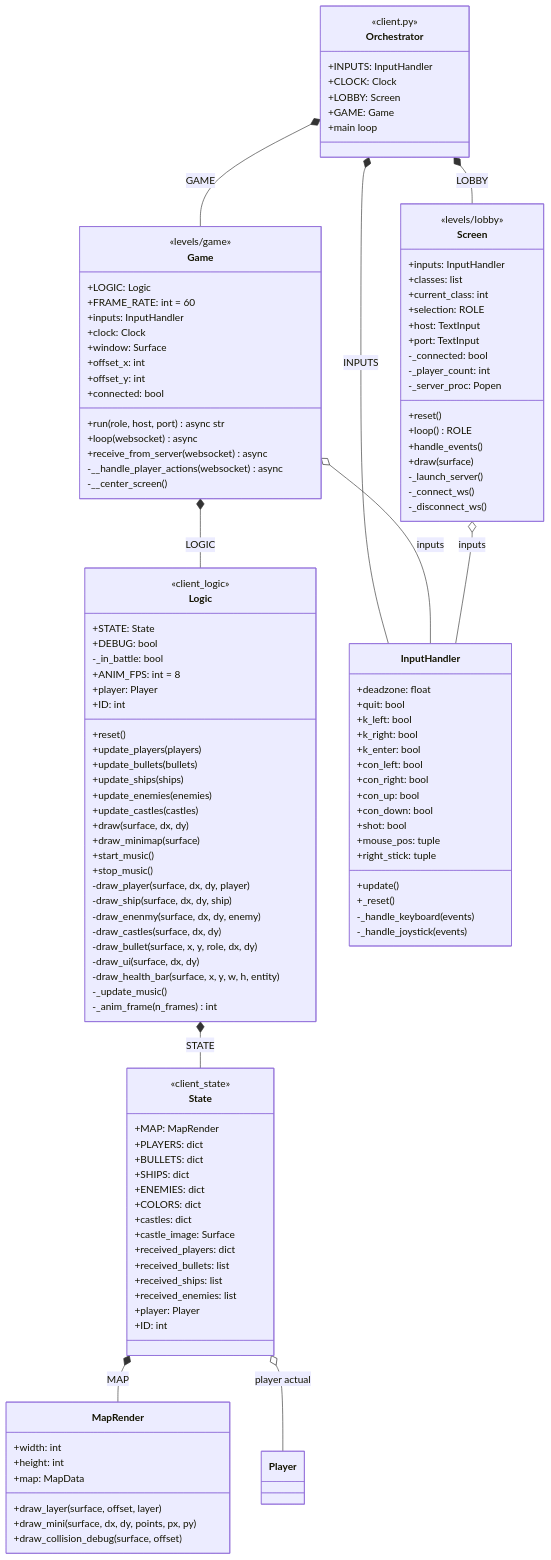
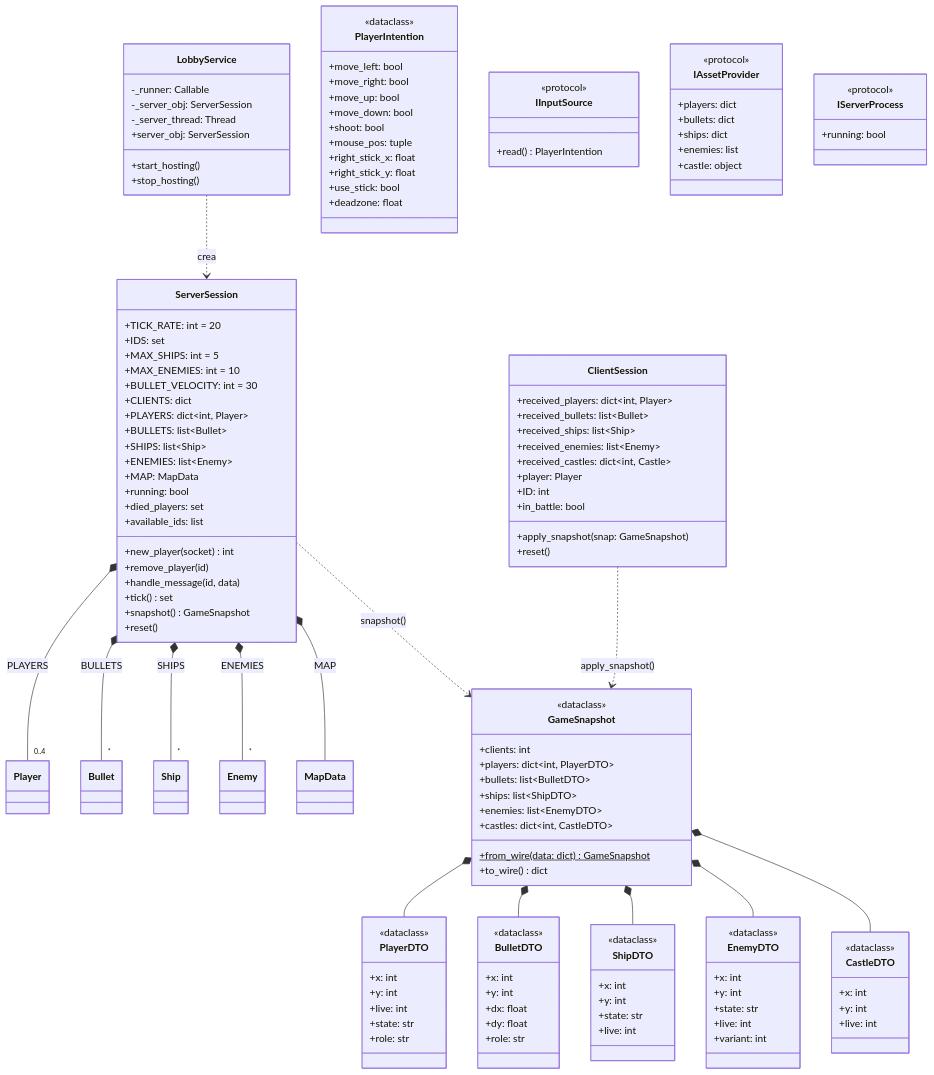
One commit to Aouei/pygame_multi changed the third of 5 diagrams in docs/diagramas/clases.md. Above: the diagram before and after it, drawn with Mermaid. The commit also changed other lines of this file and 3 other files, not shown here.

````diff
--- a/docs/diagramas/clases.md
+++ b/docs/diagramas/clases.md
@@ -240,134 +203,149 @@
 classDiagram
     direction TB
 
-    class Orchestrator {
-        <<client.py>>
-        +INPUTS: InputHandler
-        +CLOCK: Clock
-        +LOBBY: Screen
-        +GAME: Game
-        +main loop
+    class ServerSession {
+        +TICK_RATE: int = 20
+        +IDS: set
+        +MAX_SHIPS: int = 5
+        +MAX_ENEMIES: int = 10
+        +BULLET_VELOCITY: int = 30
+        +CLIENTS: dict
+        +PLAYERS: dict~int, Player~
+        +BULLETS: list~Bullet~
+        +SHIPS: list~Ship~
+        +ENEMIES: list~Enemy~
+        +MAP: MapData
+        +running: bool
+        +died_players: set
+        +available_ids: list
+        +new_player(socket) int
+        +remove_player(id)
+        +handle_message(id, data)
+        +tick() set
+        +snapshot() GameSnapshot
+        +reset()
     }
 
-    class Screen {
-        <<levels/lobby>>
-        +inputs: InputHandler
-        +classes: list
-        +current_class: int
-        +selection: ROLE
-        +host: TextInput
-        +port: TextInput
-        -_connected: bool
-        -_player_count: int
-        -_server_proc: Popen
+    class ClientSession {
+        +received_players: dict~int, Player~
+        +received_bullets: list~Bullet~
+        +received_ships: list~Ship~
+        +received_enemies: list~Enemy~
+        +received_castles: dict~int, Castle~
+        +player: Player
+        +ID: int
+        +in_battle: bool
+        +apply_snapshot(snap: GameSnapshot)
         +reset()
-        +loop() ROLE
-        +handle_events()
-        +draw(surface)
-        -_launch_server()
-        -_connect_ws()
-        -_disconnect_ws()
     }
 
-    class Game {
-        <<levels/game>>
-        +LOGIC: Logic
-        +FRAME_RATE: int = 60
-        +inputs: InputHandler
-        +clock: Clock
-        +window: Surface
-        +offset_x: int
-        +offset_y: int
-        +connected: bool
-        +run(role, host, port) async str
-        +loop(websocket) async
-        +receive_from_server(websocket) async
-        -__handle_player_actions(websocket) async
-        -__center_screen()
+    class LobbyService {
+        -_runner: Callable
+        -_server_obj: ServerSession
+        -_server_thread: Thread
+        +server_obj: ServerSession
+        +start_hosting()
+        +stop_hosting()
     }
 
-    class Logic {
-        <<client_logic>>
-        +STATE: State
-        +DEBUG: bool
-        -_in_battle: bool
-        +ANIM_FPS: int = 8
-        +player: Player
-        +ID: int
-        +reset()
-        +update_players(players)
-        +update_bullets(bullets)
-        +update_ships(ships)
-        +update_enemies(enemies)
-        +update_castles(castles)
-        +draw(surface, dx, dy)
-        +draw_minimap(surface)
-        +start_music()
-        +stop_music()
-        -draw_player(surface, dx, dy, player)
-        -draw_ship(surface, dx, dy, ship)
-        -draw_enenmy(surface, dx, dy, enemy)
-        -draw_castles(surface, dx, dy)
-        -draw_bullet(surface, x, y, role, dx, dy)
-        -draw_ui(surface, dx, dy)
-        -draw_health_bar(surface, x, y, w, h, entity)
-        -_update_music()
-        -_anim_frame(n_frames) int
+    class PlayerIntention {
+        <<dataclass>>
+        +move_left: bool
+        +move_right: bool
+        +move_up: bool
+        +move_down: bool
+        +shoot: bool
+        +mouse_pos: tuple
+        +right_stick_x: float
+        +right_stick_y: float
+        +use_stick: bool
+        +deadzone: float
     }
 
-    class State {
-        <<client_state>>
-        +MAP: MapRender
-        +PLAYERS: dict
-        +BULLETS: dict
-        +SHIPS: dict
-        +ENEMIES: dict
-        +COLORS: dict
-        +castles: dict
-        +castle_image: Surface
-        +received_players: dict
-        +received_bullets: list
-        +received_ships: list
-        +received_enemies: list
-        +player: Player
-        +ID: int
+    class GameSnapshot {
+        <<dataclass>>
+        +clients: int
+        +players: dict~int, PlayerDTO~
+        +bullets: list~BulletDTO~
+        +ships: list~ShipDTO~
+        +enemies: list~EnemyDTO~
+        +castles: dict~int, CastleDTO~
+        +from_wire(data: dict)$ GameSnapshot
+        +to_wire() dict
     }
 
-    class MapRender {
-        +width: int
-        +height: int
-        +map: MapData
-        +draw_layer(surface, offset, layer)
-        +draw_mini(surface, dx, dy, points, px, py)
-        +draw_collision_debug(surface, offset)
+    class PlayerDTO {
+        <<dataclass>>
+        +x: int
+        +y: int
+        +live: int
+        +state: str
+        +role: str
     }
 
-    class InputHandler {
-        +deadzone: float
-        +quit: bool
-        +k_left: bool
-        +k_right: bool
-        +k_enter: bool
-        +con_left: bool
-        +con_right: bool
-        +con_up: bool
-        +con_down: bool
-        +shot: bool
-        +mouse_pos: tuple
-        +right_stick: tuple
-        +update()
-        +_reset()
-        -_handle_keyboard(events)
-        -_handle_joystick(events)
+    class BulletDTO {
+        <<dataclass>>
+        +x: int
+        +y: int
+        +dx: float
+        +dy: float
+        +role: str
     }
 
-    Orchestrator *-- Screen : LOBBY
-    Orchestrator *-- Game : GAME
-    Orchestrator *-- InputHandler : INPUTS
-    Game *-- Logic : LOGIC
-    Logic *-- State : STATE
-    State *-- MapRender : MAP
-    State o-- Player : player actual
-    Game o-- InputHandler : inputs
-    Screen o-- InputHandler : inputs
+    class ShipDTO {
+        <<dataclass>>
+        +x: int
+        +y: int
+        +state: str
+        +live: int
+    }
+
+    class EnemyDTO {
+        <<dataclass>>
+        +x: int
+        +y: int
+        +state: str
+        +live: int
+        +variant: int
+    }
+
+    class CastleDTO {
+        <<dataclass>>
+        +x: int
+        +y: int
+        +live: int
+    }
+
+    class IInputSource {
+        <<protocol>>
+        +read() PlayerIntention
+    }
+
+    class IAssetProvider {
+        <<protocol>>
+        +players: dict
+        +bullets: dict
+        +ships: dict
+        +enemies: list
+        +castle: object
+    }
+
+    class IServerProcess {
+        <<protocol>>
+        +running: bool
+    }
+
+    ServerSession *-- "0..4" Player : PLAYERS
+    ServerSession *-- "*" Bullet : BULLETS
+    ServerSession *-- "*" Ship : SHIPS
+    ServerSession *-- "*" Enemy : ENEMIES
+    ServerSession *-- MapData : MAP
+    ServerSession ..> GameSnapshot : snapshot()
+    ClientSession ..> GameSnapshot : apply_snapshot()
+    GameSnapshot *-- PlayerDTO
+    GameSnapshot *-- BulletDTO
+    GameSnapshot *-- ShipDTO
+    GameSnapshot *-- EnemyDTO
+    GameSnapshot *-- CastleDTO
+    LobbyService ..> ServerSession : crea
 ```
````
